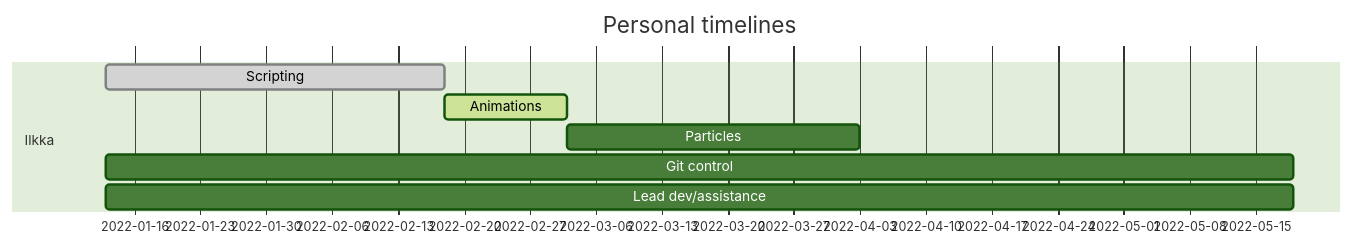
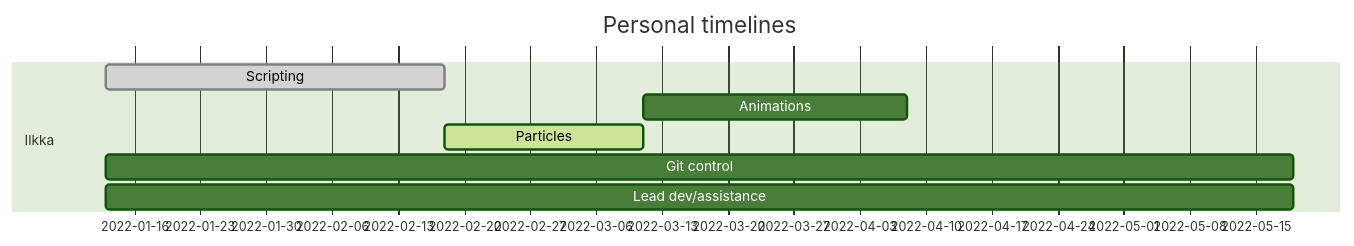
Before and after one commit to IlkkaTakala/Eril-Engine: the second of 3 diagrams in docs/ProjectPlan.md, drawn with Mermaid (forest theme). The commit also changed other lines of this file and 6 other files, not shown here.

````diff
--- a/docs/ProjectPlan.md
+++ b/docs/ProjectPlan.md
@@ -71,12 +72,12 @@
 ```mermaid
 gantt
 dateFormat  DD-MM
 title Personal timelines
 
 section Ilkka
 Scripting               :done,      ides1, 13-01, 18-02
-Animations              :active,    ides2, after ides1, 03-03
-Particles               :           ides5, after ides2, 03-04
+Animations              :           ides2, after ides5, 4w
+Particles               :active,    ides5, after ides1, 11-03
 Git control             :           ides3, 13-01, 18w
 Lead dev/assistance     :           ides4, 13-01, 18w
 ```
````
